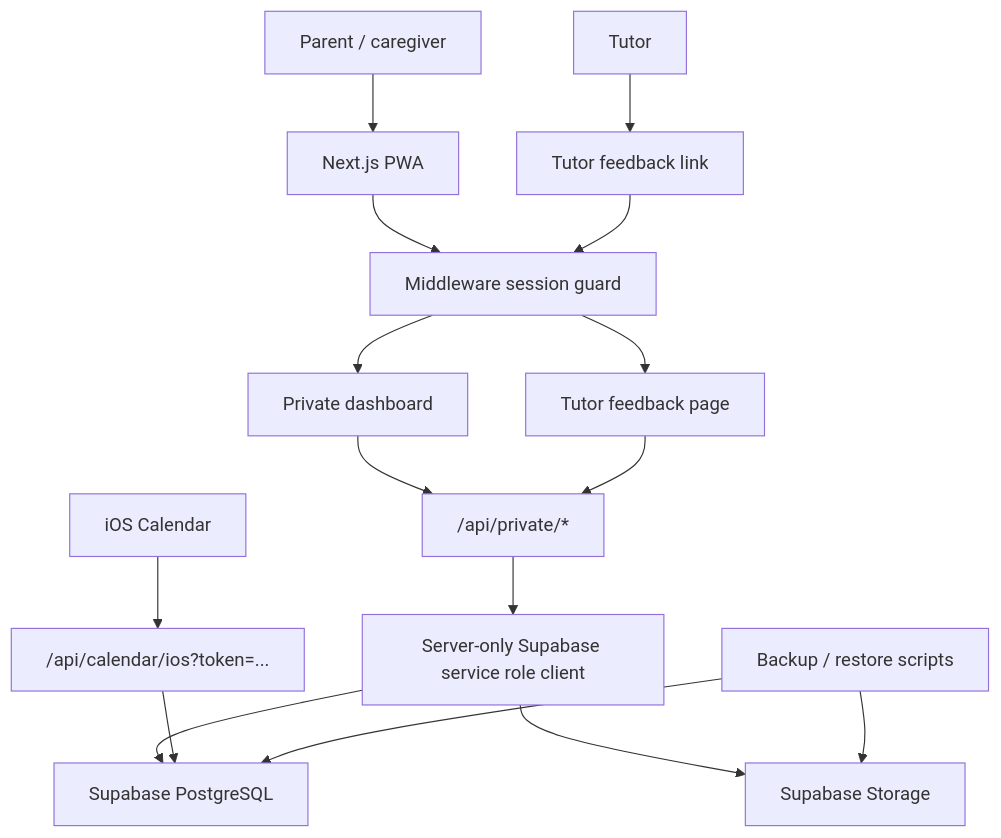
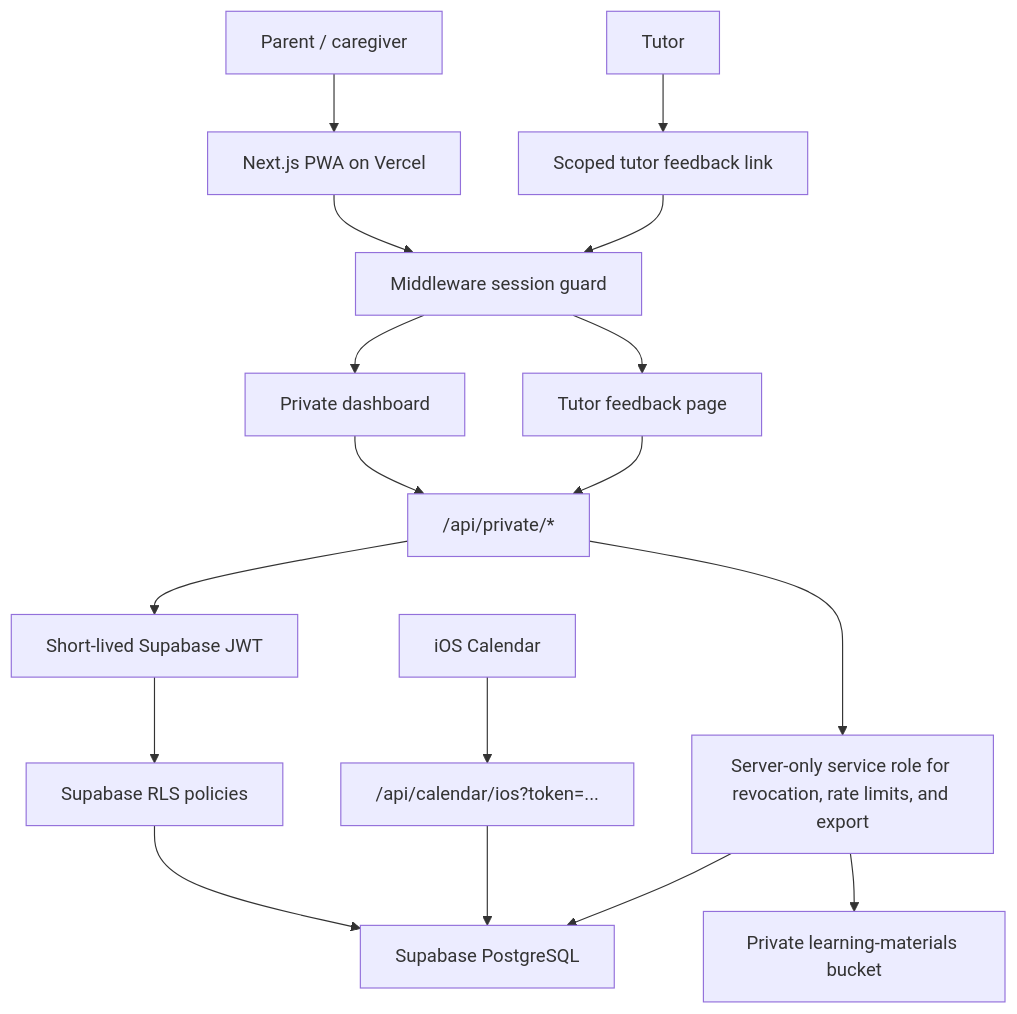
The diagram in README.md (moirakk/family-education-private-three-child), drawn with Mermaid before and after one commit. The commit also changed other lines of this file and 28 other files, not shown here.

````diff
--- a/README.md
+++ b/README.md
@@ -58,23 +54,23 @@
 ```mermaid
 flowchart TD
-  Parent["Parent / caregiver"] --> App["Next.js PWA"]
-  Tutor["Tutor"] --> TutorLink["Tutor feedback link"]
+  Parent["Parent / caregiver"] --> App["Next.js PWA on Vercel"]
+  Tutor["Tutor"] --> TutorLink["Scoped tutor feedback link"]
 
   App --> Middleware["Middleware session guard"]
   TutorLink --> Middleware
 
   Middleware --> Dashboard["Private dashboard"]
   Middleware --> TutorPage["Tutor feedback page"]
   Dashboard --> PrivateAPI["/api/private/*"]
   TutorPage --> PrivateAPI
 
-  PrivateAPI --> SupabaseAdmin["Server-only Supabase service role client"]
-  SupabaseAdmin --> Postgres["Supabase PostgreSQL"]
-  SupabaseAdmin --> Storage["Supabase Storage"]
+  PrivateAPI --> UserJWT["Short-lived Supabase JWT"]
+  UserJWT --> RLS["Supabase RLS policies"]
+  RLS --> Postgres["Supabase PostgreSQL"]
+  PrivateAPI --> Admin["Server-only service role for revocation, rate limits, and export"]
+  Admin --> Postgres
+  Admin --> Storage["Private learning-materials bucket"]
 
   IOS["iOS Calendar"] --> CalendarFeed["/api/calendar/ios?token=..."]
   CalendarFeed --> Postgres
-
-  Scripts["Backup / restore scripts"] --> Postgres
-  Scripts --> Storage
 ```
````
